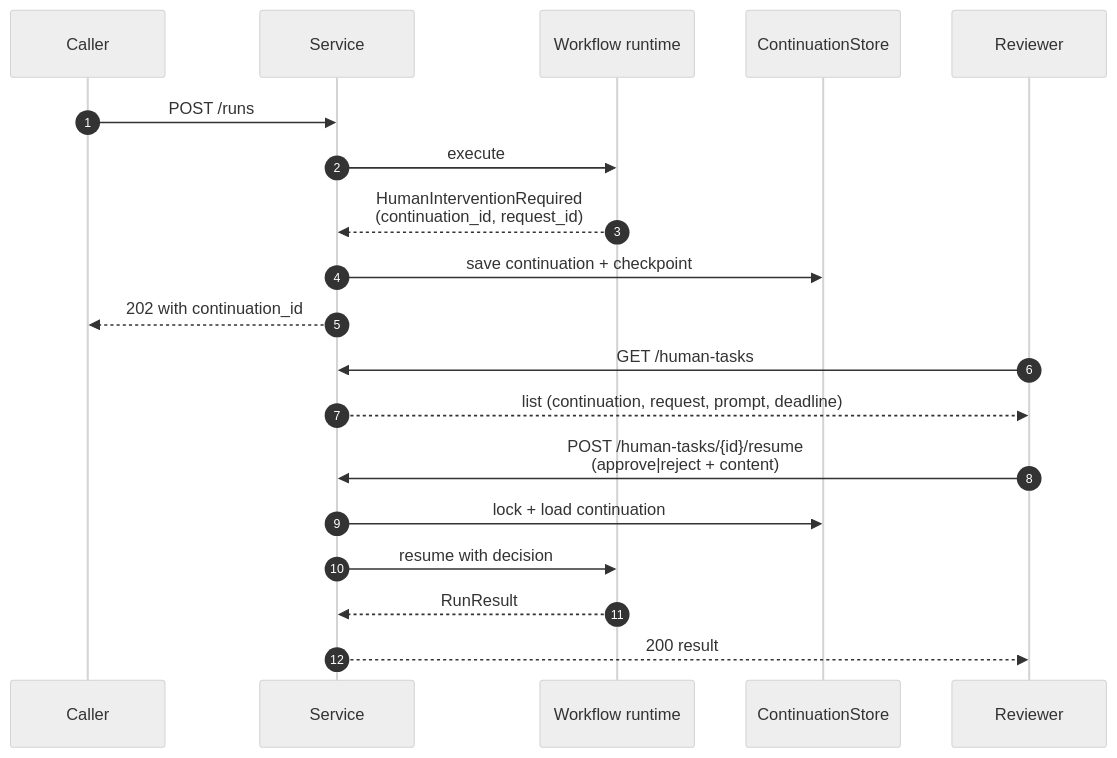
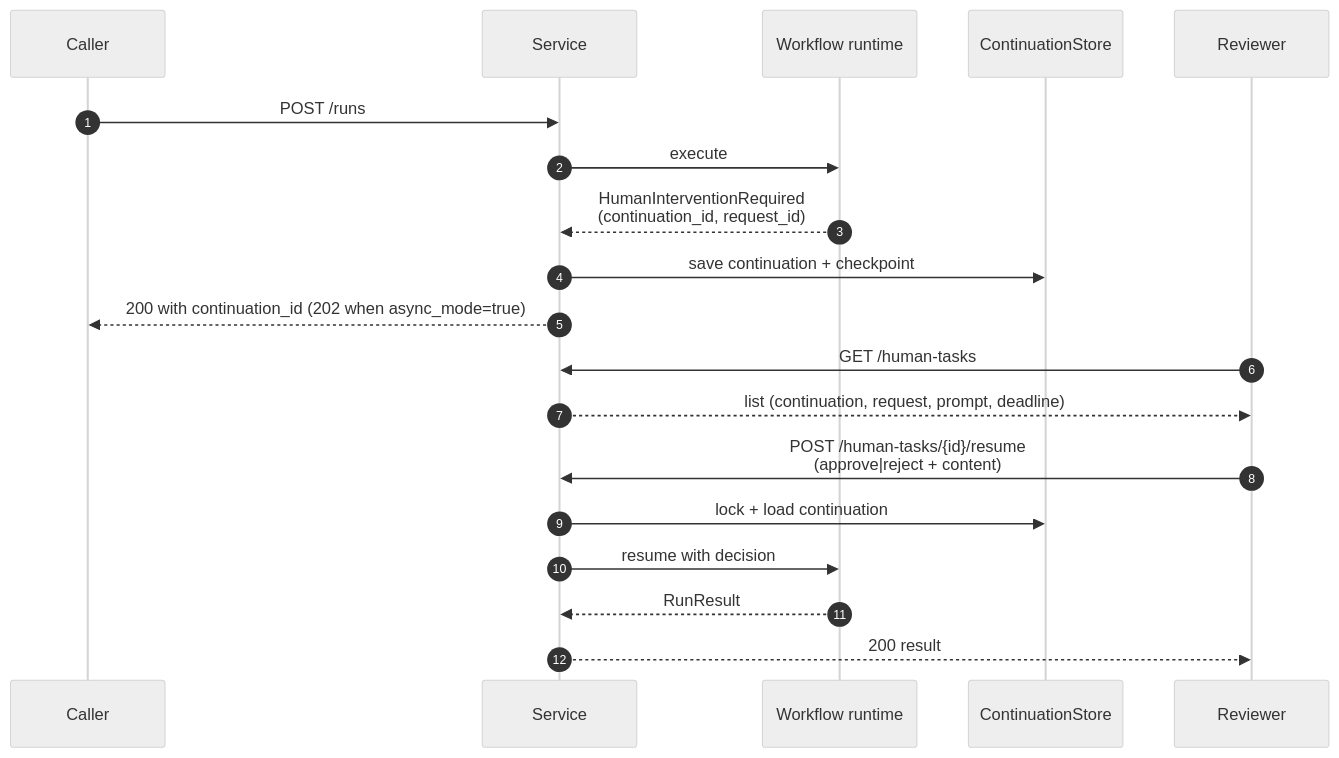
The diagram in kneo-serv/pub/kneo_agent_platform_tutorial_assets/kneo_agent_platform_tutorial-1.mmd (kneo-agent/kneo-agent.github.io), drawn with Mermaid (neutral theme) before and after one commit. The commit also changed 52 other files, not shown here.

```diff
--- a/kneo-serv/pub/kneo_agent_platform_tutorial_assets/kneo_agent_platform_tutorial-1.mmd
+++ b/kneo-serv/pub/kneo_agent_platform_tutorial_assets/kneo_agent_platform_tutorial-1.mmd
@@ -1,22 +1,22 @@
 sequenceDiagram
     autonumber
     participant Caller
     participant Service
     participant Workflow as Workflow runtime
     participant Cont as ContinuationStore
     participant Reviewer
 
     Caller->>Service: POST /runs
     Service->>Workflow: execute
     Workflow-->>Service: HumanInterventionRequired<br/>(continuation_id, request_id)
     Service->>Cont: save continuation + checkpoint
-    Service-->>Caller: 202 with continuation_id
+    Service-->>Caller: 200 with continuation_id (202 when async_mode=true)
 
     Reviewer->>Service: GET /human-tasks
     Service-->>Reviewer: list (continuation, request, prompt, deadline)
 
     Reviewer->>Service: POST /human-tasks/{id}/resume<br/>(approve|reject + content)
     Service->>Cont: lock + load continuation
     Service->>Workflow: resume with decision
     Workflow-->>Service: RunResult
     Service-->>Reviewer: 200 result
```
